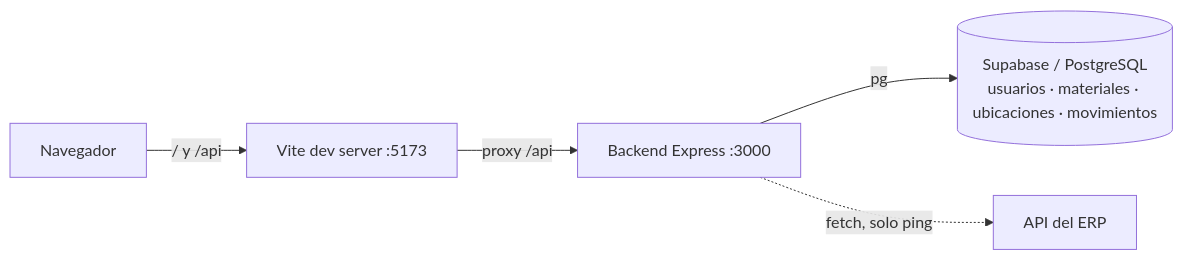
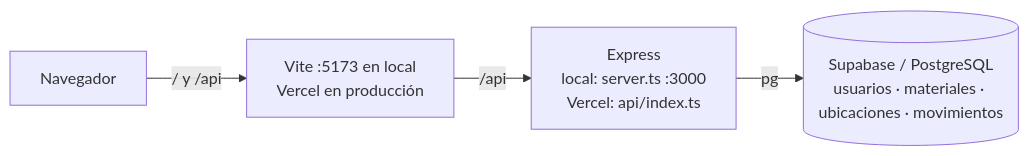
One commit to diegordznu/ProyectoEstadias changed the first of 2 diagrams in docs/DOCUMENTACION.md. Above: the diagram before and after it, drawn with Mermaid. The commit also changed other lines of this file and 23 other files, not shown here.

````diff
--- a/docs/DOCUMENTACION.md
+++ b/docs/DOCUMENTACION.md
@@ -20,7 +20,6 @@
 ```mermaid
 flowchart LR
-    B[Navegador] -->|/ y /api| V[Vite dev server :5173]
-    V -->|proxy /api| E[Backend Express :3000]
+    B[Navegador] -->|/ y /api| V[Vite :5173 en local<br/>Vercel en producción]
+    V -->|/api| E[Express<br/>local: server.ts :3000<br/>Vercel: api/index.ts]
     E -->|pg| S[(Supabase / PostgreSQL<br/>usuarios · materiales · ubicaciones · movimientos)]
-    E -.->|fetch, solo ping| ERP[API del ERP]
 ```
````
